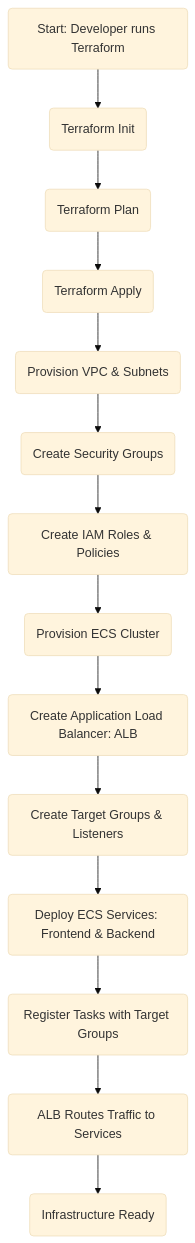
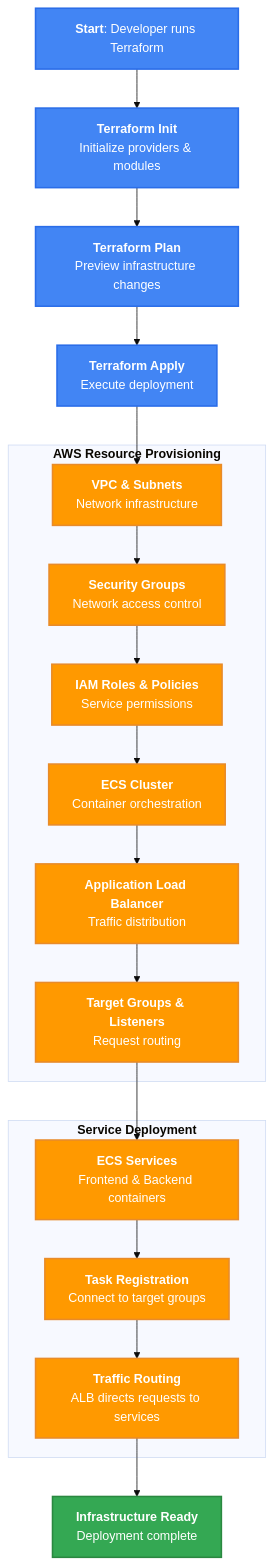
One commit to trahulprabhu38/stackOps changed the second of 2 diagrams in README.md. Above: the diagram before and after it, drawn with Mermaid (base theme). The commit also changed other lines of this file and 2 other files, not shown here.

````diff
--- a/README.md
+++ b/README.md
@@ -81,31 +77,33 @@
 ```mermaid
-
 flowchart TD
-
-    A(Start: Developer runs Terraform) --> B(Terraform Init)
-
-    B --> C(Terraform Plan)
-
-    C --> D(Terraform Apply)
-
-    D --> E(Provision VPC & Subnets)
-
-    E --> F(Create Security Groups)
-
-    F --> G(Create IAM Roles & Policies)
-
-    G --> H(Provision ECS Cluster)
-
-    H --> I(Create Application Load Balancer: ALB)
-
-    I --> J(Create Target Groups & Listeners)
-
-    J --> K(Deploy ECS Services: Frontend & Backend)
-
-    K --> L(Register Tasks with Target Groups)
-
-    L --> M(ALB Routes Traffic to Services)
-
-    M --> N(Infrastructure Ready)
+    classDef terraformSteps fill:#4285F4,stroke:#2A6DE8,color:white,stroke-width:2px
+    classDef awsResources fill:#FF9900,stroke:#E88B2A,color:white,stroke-width:2px
+    classDef endState fill:#34A853,stroke:#2A8840,color:white,stroke-width:2px
+    
+    A[<b>Start</b>: Developer runs Terraform] --> B[<b>Terraform Init</b><br>Initialize providers & modules]
+    B --> C[<b>Terraform Plan</b><br>Preview infrastructure changes]
+    C --> D[<b>Terraform Apply</b><br>Execute deployment]
+    
+    subgraph AWS["<b>AWS Resource Provisioning</b>"]
+        E[<b>VPC & Subnets</b><br>Network infrastructure] --> F[<b>Security Groups</b><br>Network access control]
+        F --> G[<b>IAM Roles & Policies</b><br>Service permissions]
+        G --> H[<b>ECS Cluster</b><br>Container orchestration]
+        H --> I[<b>Application Load Balancer</b><br>Traffic distribution]
+        I --> J[<b>Target Groups & Listeners</b><br>Request routing]
+    end
+    
+    D --> E
+    
+    subgraph Services["<b>Service Deployment</b>"]
+        K[<b>ECS Services</b><br>Frontend & Backend containers] --> L[<b>Task Registration</b><br>Connect to target groups]
+        L --> M[<b>Traffic Routing</b><br>ALB directs requests to services]
+    end
+    
+    J --> K
+    M --> N[<b>Infrastructure Ready</b><br>Deployment complete]
+    
+    class A,B,C,D terraformSteps
+    class E,F,G,H,I,J,K,L,M awsResources
+    class N endState
 
 ```
````
